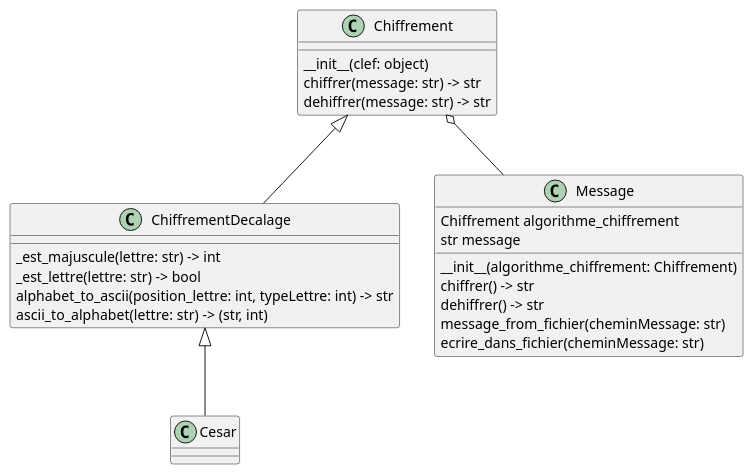
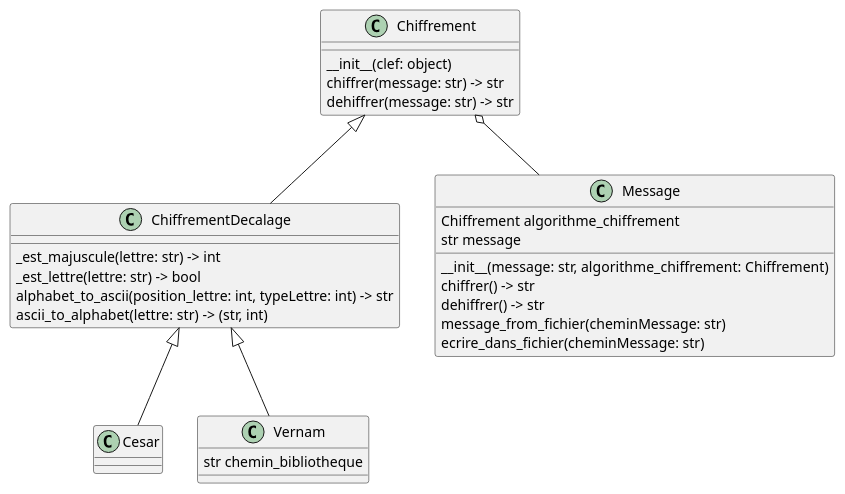
Before and after one commit to Antrayguesn/cours_python: the third of 3 diagrams in TP/LaMissionDeCesar.adoc, drawn with PlantUML. The commit also changed other lines of this file and 23 other files, not shown here.

```diff
--- a/TP/LaMissionDeCesar.adoc
+++ b/TP/LaMissionDeCesar.adoc
@@ -502,39 +493,45 @@
 [plantuml, format="svg", id="classMessageChiffrement"]
 ----
-@startuml Chiffrement
+@startuml Chiffrement2
 class Chiffrement {
 
 __init__(clef: object)
 {method} chiffrer(message: str) -> str
 {method} dehiffrer(message: str) -> str
 }
 
 class ChiffrementDecalage {
   _est_majuscule(lettre: str) -> int
   _est_lettre(lettre: str) -> bool
   alphabet_to_ascii(position_lettre: int, typeLettre: int) -> str
   ascii_to_alphabet(lettre: str) -> (str, int)
 }
 
 class Cesar {
 
 }
 
+class Vernam {
+  {field} str chemin_bibliotheque
+
+}
+
 class Message {
 {field} Chiffrement algorithme_chiffrement
 {field} str message
 
-__init__(algorithme_chiffrement: Chiffrement)
+__init__(message: str, algorithme_chiffrement: Chiffrement)
 {method} chiffrer() -> str
 {method} dehiffrer() -> str
 message_from_fichier(cheminMessage: str)
 ecrire_dans_fichier(cheminMessage: str)
 }
 
 Chiffrement o-- Message
 
 Chiffrement <|-- ChiffrementDecalage
 
 ChiffrementDecalage <|-- Cesar
+ChiffrementDecalage <|-- Vernam
 @enduml
 ----
```
